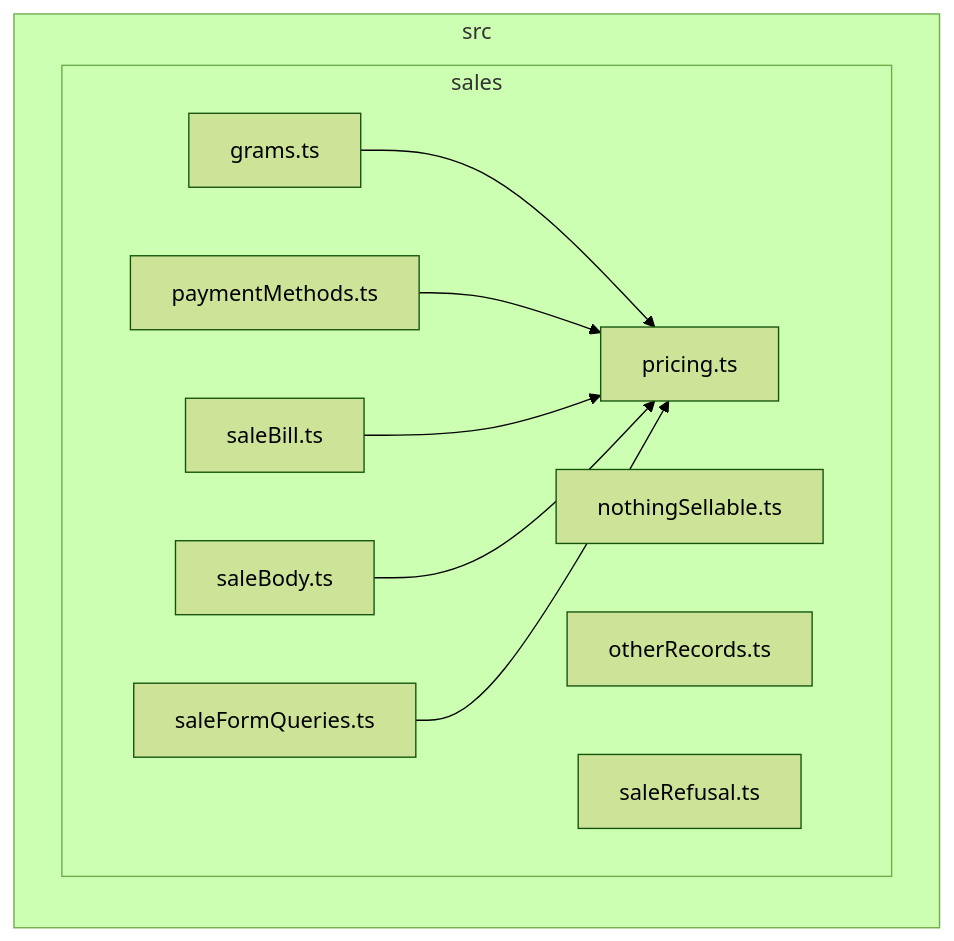
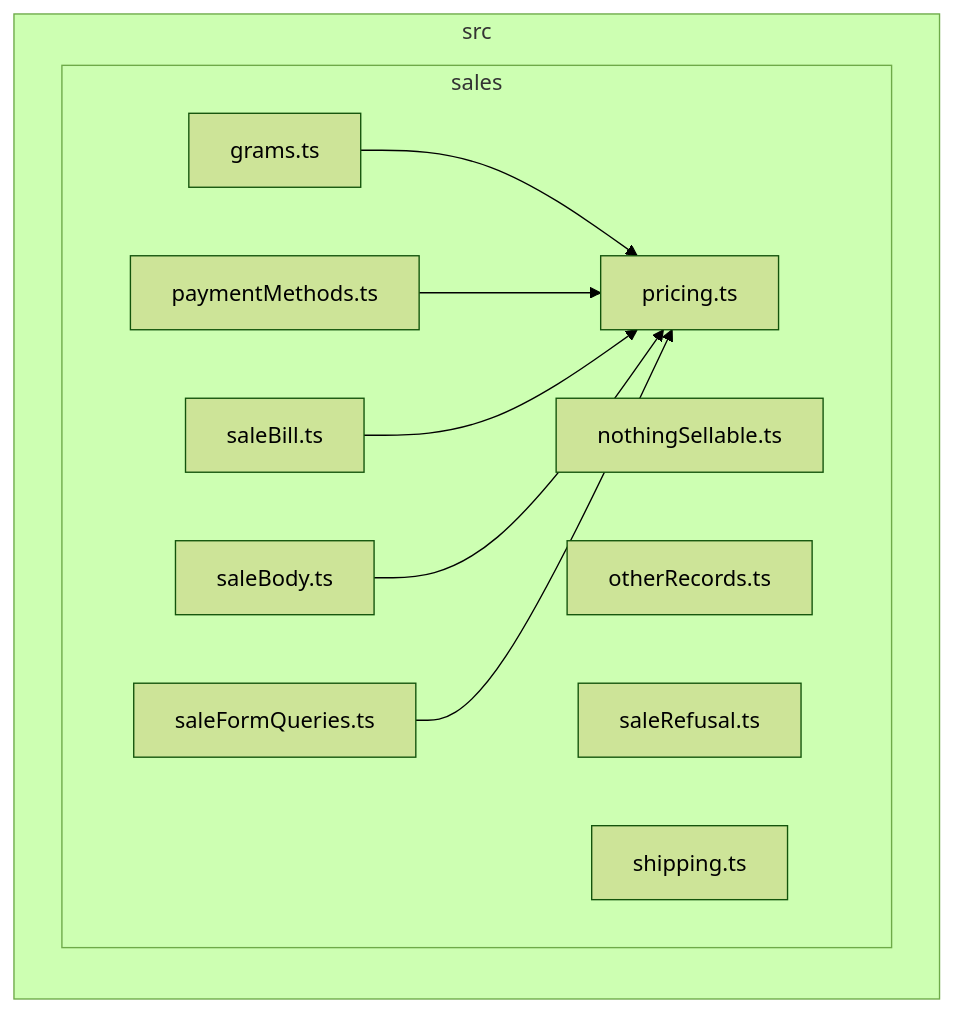
One commit to GonzaloZevallos/apostrophe changed the diagram in docs/architecture/generated/front-modules/sales.md. Above: the diagram before and after it, drawn with Mermaid (forest theme). The commit also changed 1 other file, not shown here.

Commit message:
chore(docs): regenerate [skip ci]

````diff
--- a/docs/architecture/generated/front-modules/sales.md
+++ b/docs/architecture/generated/front-modules/sales.md
@@ -7,21 +7,22 @@
 ```mermaid
 flowchart LR
 subgraph src["src"]
   subgraph src_sales["sales"]
     src_sales_grams_ts["grams.ts"]
     src_sales_nothingSellable_ts["nothingSellable.ts"]
     src_sales_otherRecords_ts["otherRecords.ts"]
     src_sales_paymentMethods_ts["paymentMethods.ts"]
     src_sales_pricing_ts["pricing.ts"]
     src_sales_saleBill_ts["saleBill.ts"]
     src_sales_saleBody_ts["saleBody.ts"]
     src_sales_saleFormQueries_ts["saleFormQueries.ts"]
     src_sales_saleRefusal_ts["saleRefusal.ts"]
+    src_sales_shipping_ts["shipping.ts"]
   end
 end
 src_sales_grams_ts-->src_sales_pricing_ts
 src_sales_paymentMethods_ts-->src_sales_pricing_ts
 src_sales_saleBill_ts-->src_sales_pricing_ts
 src_sales_saleBody_ts-->src_sales_pricing_ts
 src_sales_saleFormQueries_ts-->src_sales_pricing_ts
 ```
````
